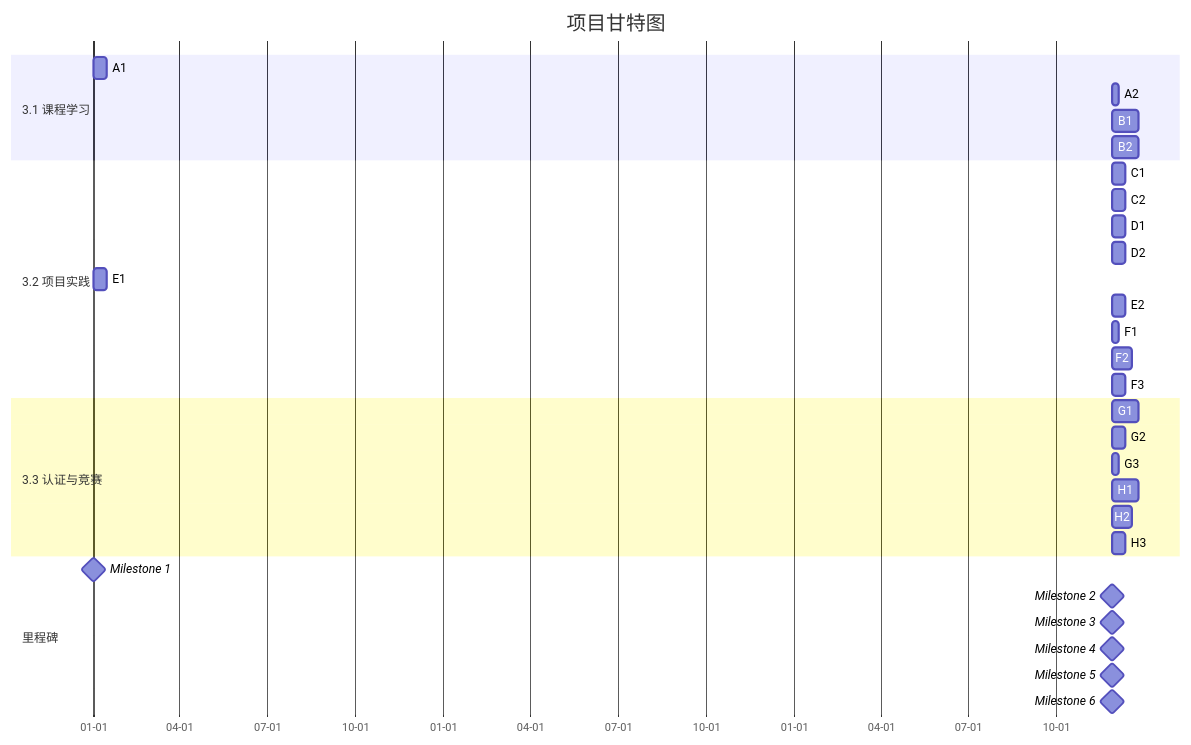
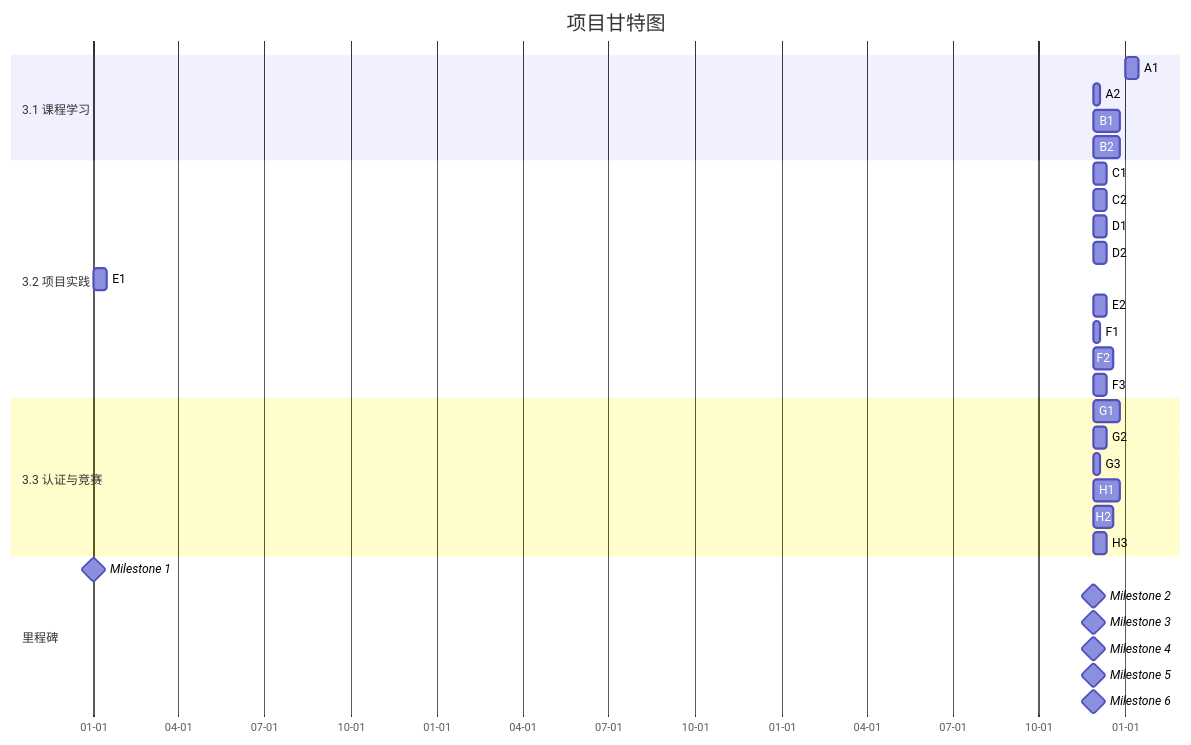
Before and after one commit to XinXing3/iodraw-files: the diagram in all/代码甘特图.md, drawn with Mermaid.

Commit message:
2025-11-28 15:48:30 update

````diff
--- a/all/代码甘特图.md
+++ b/all/代码甘特图.md
@@ -1,40 +1,40 @@
 ```mermaid
 gantt
     title 项目甘特图
     dateFormat YYYY-MM-DD
     axisFormat %m-%d
 
     section 3.1 课程学习
-    A1: 3.1.1.1, 2023-01-01, 2w
+    A1: 3.1.1.1, 2026-01-01, 2w
     A2: 3.1.1.2, after A1, 1w
     B1: 3.1.2.1, after A1, 4w
     B2: 3.1.2.2, after B1, 4w
 
     section 3.2 项目实践
     C1: 3.2.1.1, after B2, 2w
     C2: 3.2.1.2, after C1, 2w
     D1: 3.2.2.1, after C2, 2w
     D2: 3.2.2.2, after D1, 2w
     E1: 3.2.3.1, 2023-01-01, 2w
     E2: 3.2.3.2, after C2, 2w
     F1: 3.2.4.1, after E2, 1w
     F2: 3.2.4.2, after F1, 3w
     F3: 3.2.4.3, after F2, 2w
 
     section 3.3 认证与竞赛
     G1: 3.3.1.1, after F3, 4w
     G2: 3.3.1.2, after G1, 2w
     G3: 3.3.1.3, after G2, 1w
     H1: 3.3.2.1, after F3, 4w
     H2: 3.3.2.2, after H1, 3w
     H3: 3.3.2.3, after H2, 2w
 
     section 里程碑
     Milestone 1: milestone, 2023-01-01, 0d
     Milestone 2: milestone, after C2, 0d
     Milestone 3: milestone, after F3, 0d
     Milestone 4: milestone, after G2, 0d
     Milestone 5: milestone, after H2, 0d
     Milestone 6: milestone, after H3, 0d
 
 ```
````
